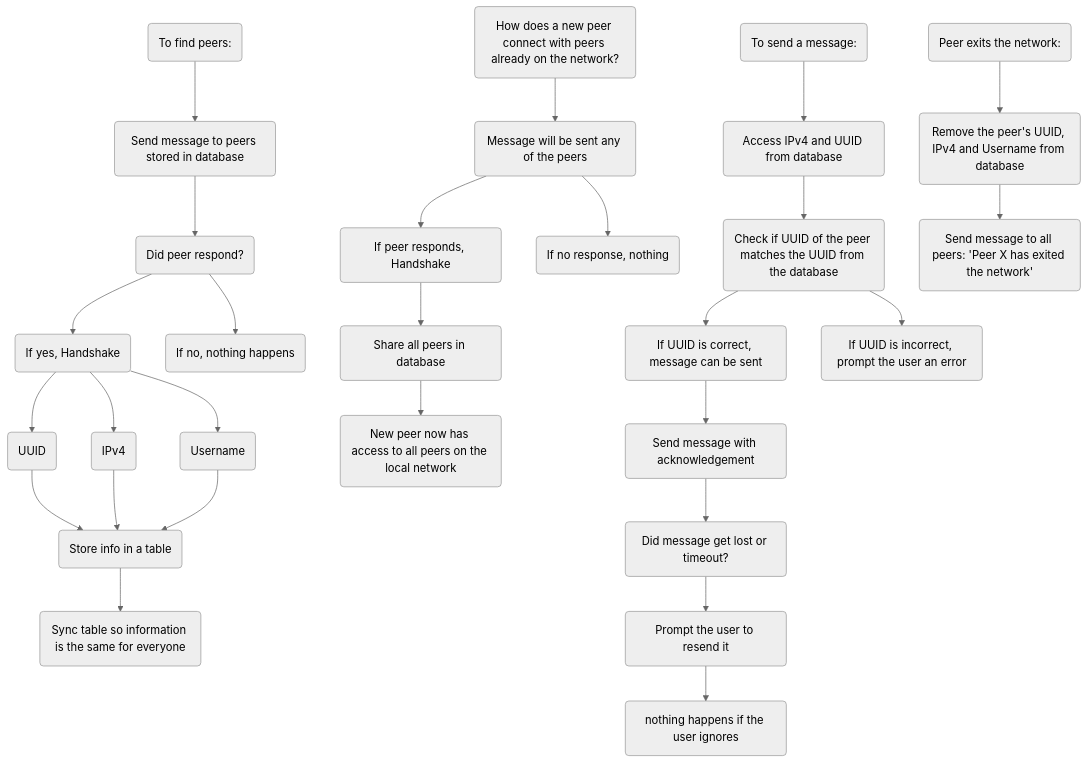
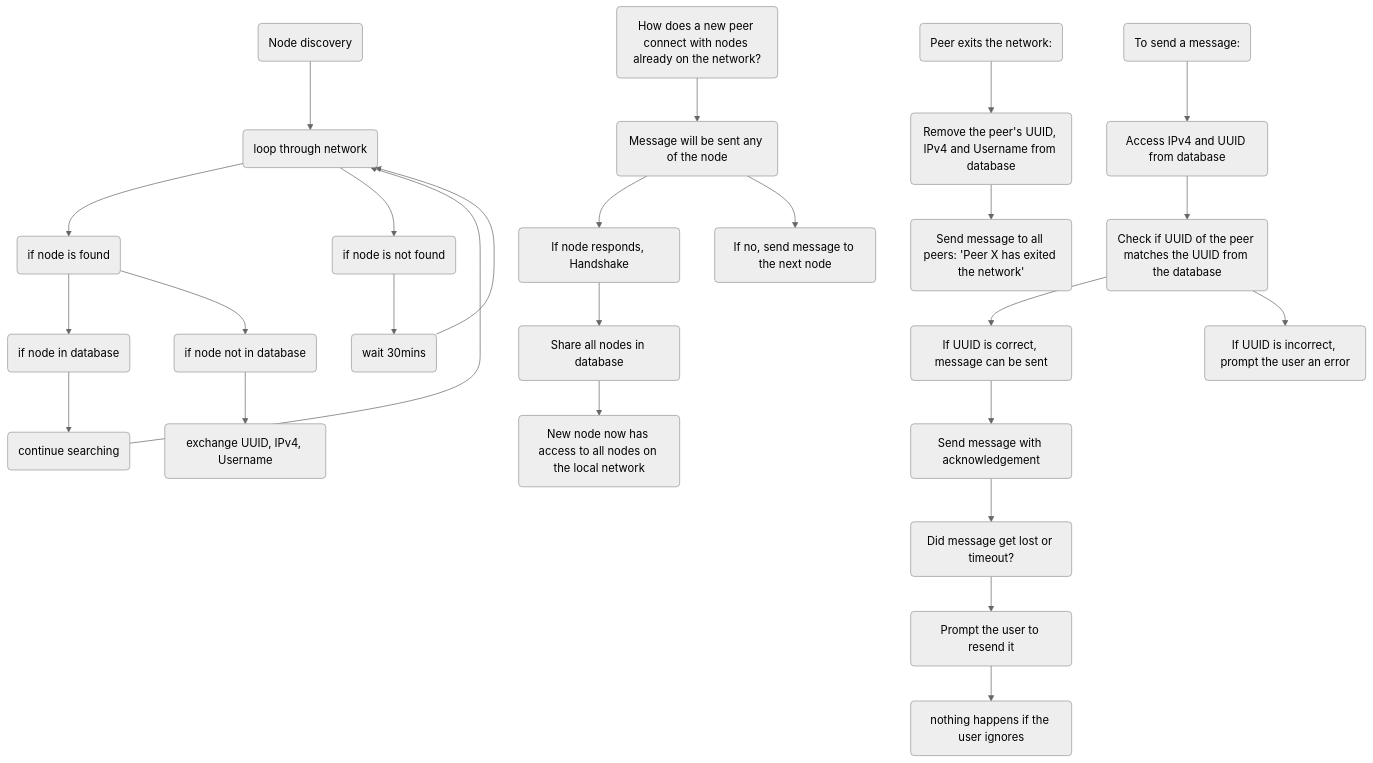
The diagram in diagram.md (kylegav/Chat-App), drawn with Mermaid (neutral theme) before and after one commit.

Commit message:
Update diagram.md
Yes

````diff
--- a/diagram.md
+++ b/diagram.md
@@ -1,26 +1,29 @@
 ```mermaid
-graph TD;
-    A(To find peers:) --> A1(Send message to peers stored in database)--> A2(Did peer respond?) --> A3(If yes, Handshake)
-    A2(Did peer respond?) --> A4(If no, nothing happens)
-    A3(If yes, Handshake) --> A6(UUID)
-    A3(If yes, Handshake) --> A7(IPv4 )
-    A3(If yes, Handshake) --> A8(Username)
-    A6(UUID)-->A5(Store)
-    A7(IPv4 )-->A5(Store)
-    A8(Username)-->A5(Store info in a table)
-    A5(Store info in a table)-->A9(Sync table so information is the same for everyone)
+graph TD; 
+
     
-    B(How does a new peer connect with peers already on the network?)-->B1(Message will be sent any of the peers)
-    B1(Message will be sent any of the peers)-->B2(If peer responds, Handshake)
-    B1(Message will be sent any of the peers)-->B3(If no response, nothing)
-    B2(If peer responds, Handshake)-->B4(Share all peers in database)
-    B4(Share all peers in database) --> B5(New peer now has access to all peers on the local network)
+    A(Node discovery) --> A10(loop through network)
+    A10--> A1(if node is found)
+    A10 -->A2(if node is not found)
+    A1 --> A12(if node in database)
+    A12--> A20(continue searching)
+    A20-->A10
+    A1 --> A13(if node not in database)
+    A13--> A4(exchange UUID, IPv4, Username)
+    A2 --> A11(wait 30mins)
+    A11 --> A10
+    
+    B(How does a new peer connect with nodes already on the network?)-->B1(Message will be sent to any of the nodes)
+    B1(Message will be sent any of the nodes)-->B2(If node responds, Handshake)
+    B1(Message will be sent any of the node)-->B3(If no, send message to the next node)
+    B2(If node responds, Handshake)-->B4(Share all nodes in database)
+    B4(Share all nodes in database) --> B5(New node now has access to all nodes on the local network)
     
     C(To send a message:) --> C1(Access IPv4 and UUID from database) --> C2(Check if UUID of the peer matches the UUID from the database)-->C3(If UUID is correct, message can be sent)
     -->C5(Send message with acknowledgement)-->C6(Did message get lost or timeout?)-->C7(Prompt the user to resend it)-->C8(nothing happens if the user ignores)
     C2(Check if UUID of the peer matches the UUID from the database)-->C4(If UUID is incorrect, prompt the user an error)
     
     D(Peer exits the network:) --> D1(Remove the peer's UUID, IPv4 and Username from database) --> D2(Send message to all peers: 'Peer X has exited the network')
     
     
 ```
````
